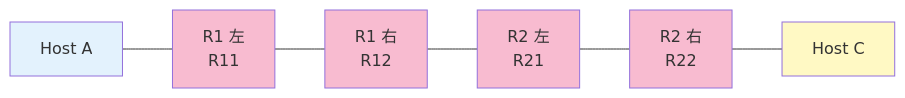
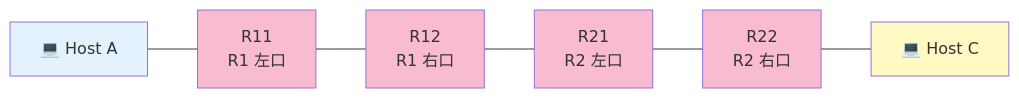
Before and after one commit to Tsunanko/netpractice-guide: the first of 2 diagrams in docs/02-levels/level7.md, drawn with Mermaid. The commit also changed other lines of this file and 14 other files, not shown here.

First line of the commit message:
Add visual progress diagrams and elementary explanations

````diff
--- a/docs/02-levels/level7.md
+++ b/docs/02-levels/level7.md
@@ -31,15 +30,15 @@
 ```mermaid
 flowchart LR
-    A[Host A] --- R11[R1 左<br>R11]
-    R11 --- R12[R1 右<br>R12]
-    R12 --- R21[R2 左<br>R21]
-    R21 --- R22[R2 右<br>R22]
-    R22 --- C[Host C]
+    A[💻 Host A] --- R11[R11<br>R1 左口]
+    R11 --- R12[R12<br>R1 右口]
+    R12 --- R21[R21<br>R2 左口]
+    R21 --- R22[R22<br>R2 右口]
+    R22 --- C[💻 Host C]
 
     style A fill:#E3F2FD
     style R11 fill:#F8BBD0
     style R12 fill:#F8BBD0
     style R21 fill:#F8BBD0
     style R22 fill:#F8BBD0
     style C fill:#FFF9C4
 ```
````
